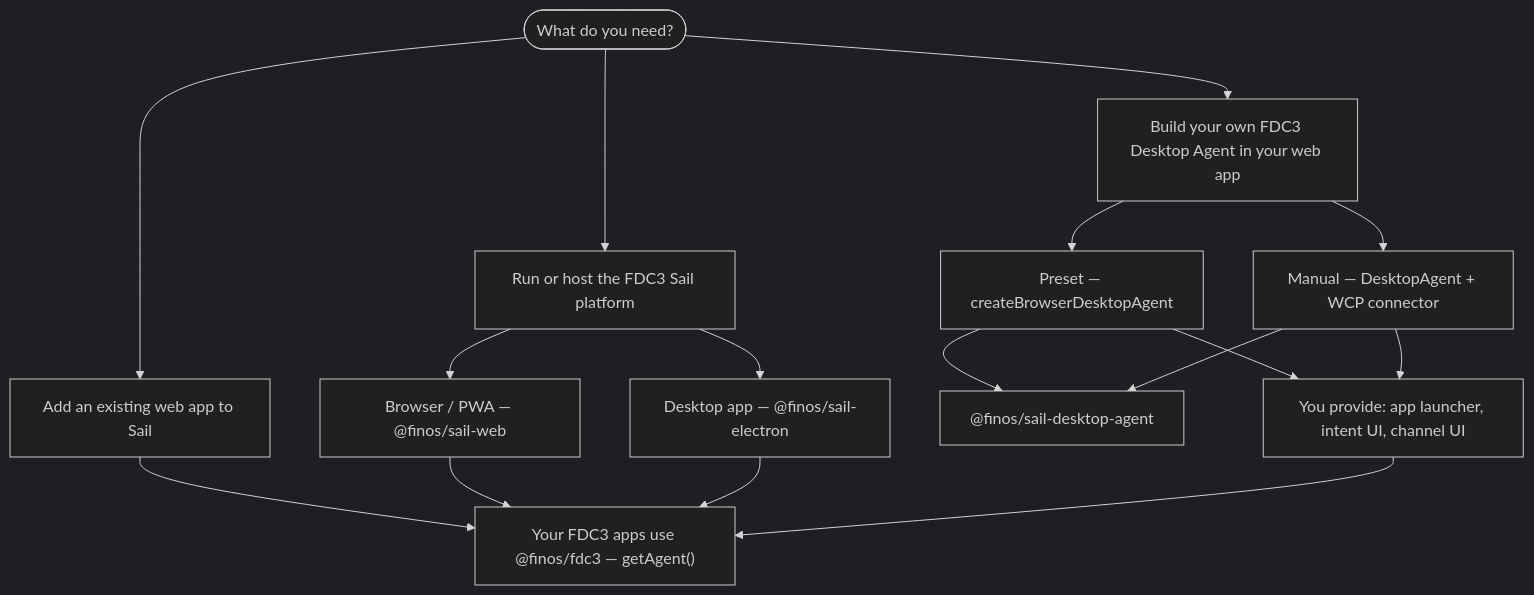
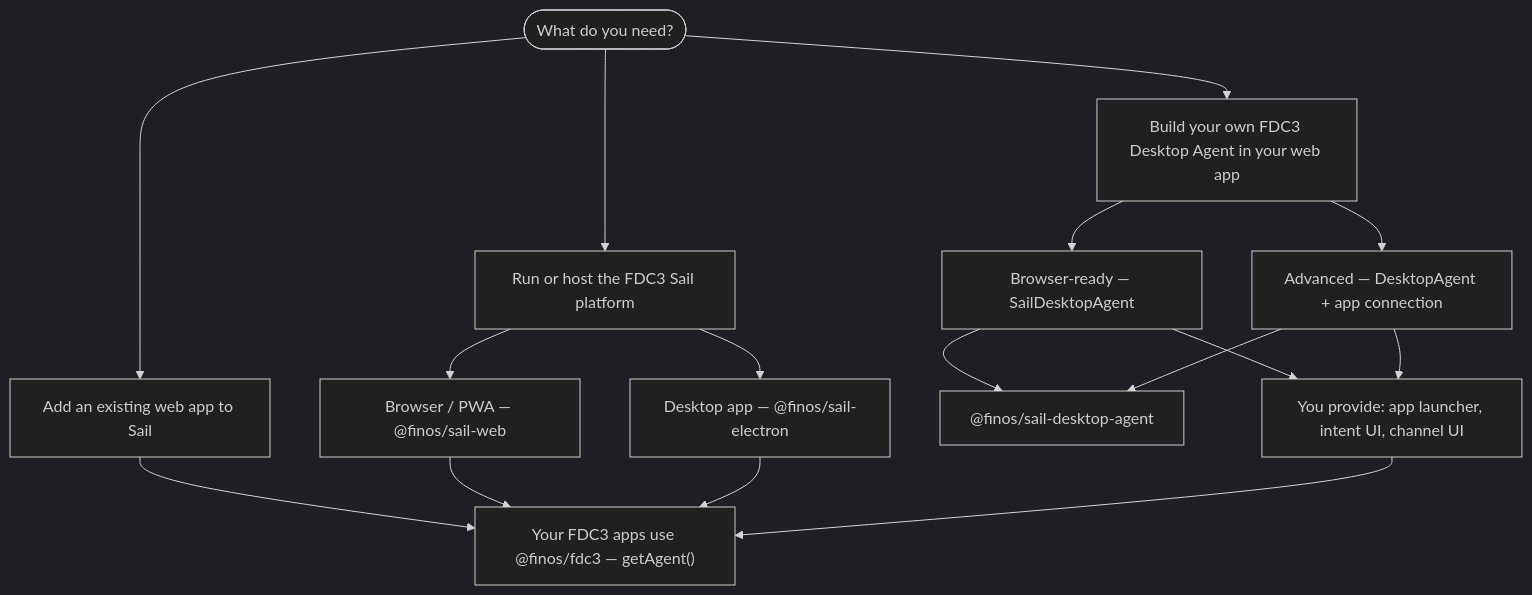
One commit to SeeWhatsOn/FDC3-Sail changed the second of 2 diagrams in website/docs/intro.md. Above: the diagram before and after it, drawn with Mermaid (dark theme). The commit also changed other lines of this file and 10 other files, not shown here.

First line of the commit message:
refactor: update documentation and architecture for SailDesktopAgent integration

````diff
--- a/website/docs/intro.md
+++ b/website/docs/intro.md
@@ -71,28 +71,28 @@
 ```mermaid
 flowchart TD
   Start([What do you need?])
 
   Start --> AddApp[Add an existing web app to Sail]
   Start --> Run[Run or host the FDC3 Sail platform]
   Start --> Build[Build your own FDC3 Desktop Agent in your web app]
 
   AddApp --> Apps
 
   Run --> Web["Browser / PWA — @finos/sail-web"]
   Run --> Desktop["Desktop app — @finos/sail-electron"]
 
-  Build --> Preset["Preset — createBrowserDesktopAgent"]
-  Build --> Manual["Manual — DesktopAgent + WCP connector"]
+  Build --> BrowserAgent["Browser-ready — SailDesktopAgent"]
+  Build --> Manual["Advanced — DesktopAgent + app connection"]
 
-  Preset --> Package["@finos/sail-desktop-agent"]
+  BrowserAgent --> Package["@finos/sail-desktop-agent"]
   Manual --> Package
 
-  Preset --> HostUI[You provide: app launcher, intent UI, channel UI]
+  BrowserAgent --> HostUI[You provide: app launcher, intent UI, channel UI]
   Manual --> HostUI
 
   Web --> Apps
   Desktop --> Apps
   HostUI --> Apps
 
   Apps["Your FDC3 apps use @finos/fdc3 — getAgent()"]
 ```
````
